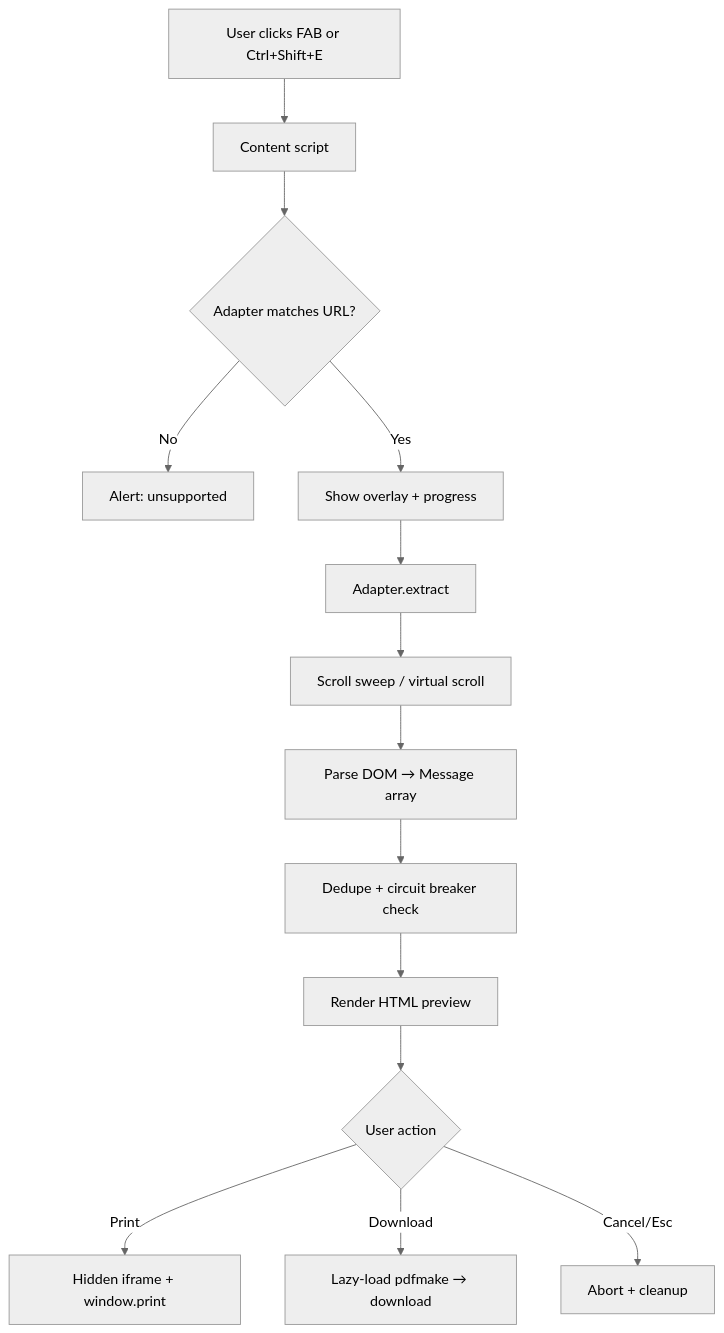
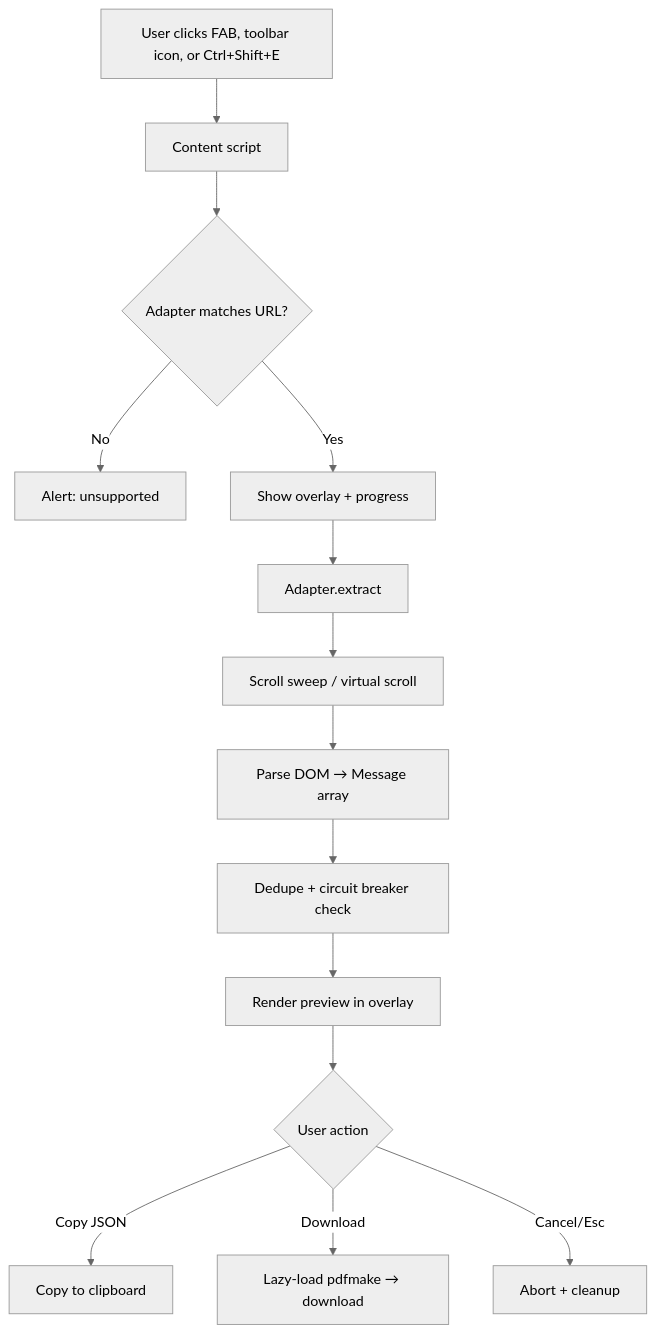
Before and after one commit to PrathamTaneja0/ChatVault: the diagram in readme.md, drawn with Mermaid (neutral theme). The commit also changed other lines of this file and 20 other files, not shown here.

````diff
--- a/readme.md
+++ b/readme.md
@@ -72,16 +72,16 @@
 ```mermaid
 flowchart TD
-    A[User clicks FAB or Ctrl+Shift+E] --> B[Content script]
+    A[User clicks FAB, toolbar icon, or Ctrl+Shift+E] --> B[Content script]
     B --> C{Adapter matches URL?}
     C -->|No| D[Alert: unsupported]
     C -->|Yes| E[Show overlay + progress]
     E --> F[Adapter.extract]
     F --> G[Scroll sweep / virtual scroll]
     G --> H[Parse DOM → Message array]
     H --> I[Dedupe + circuit breaker check]
-    I --> J[Render HTML preview]
+    I --> J[Render preview in overlay]
     J --> K{User action}
-    K -->|Print| L[Hidden iframe + window.print]
+    K -->|Copy JSON| L[Copy to clipboard]
     K -->|Download| M[Lazy-load pdfmake → download]
     K -->|Cancel/Esc| N[Abort + cleanup]
 ```
````
